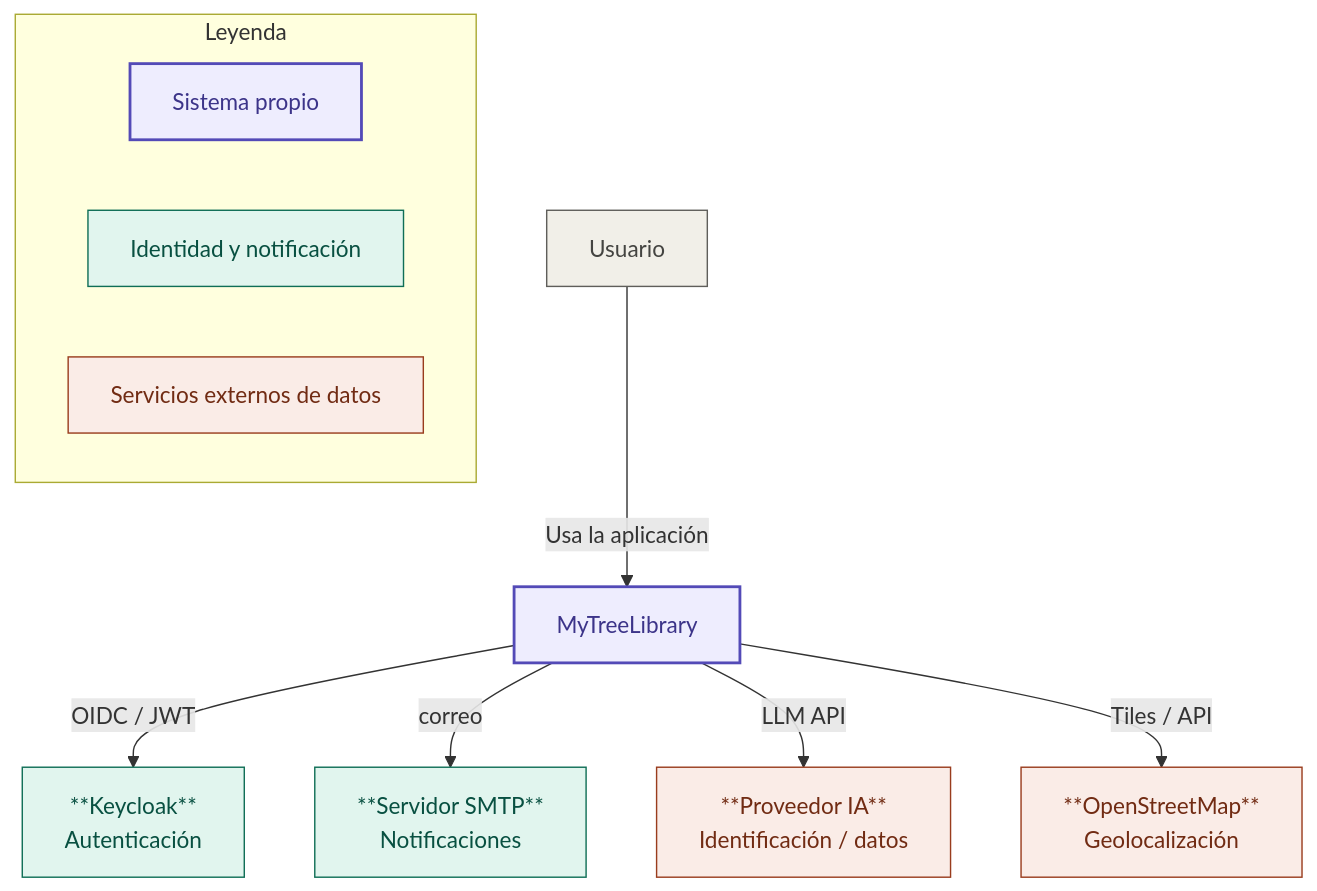
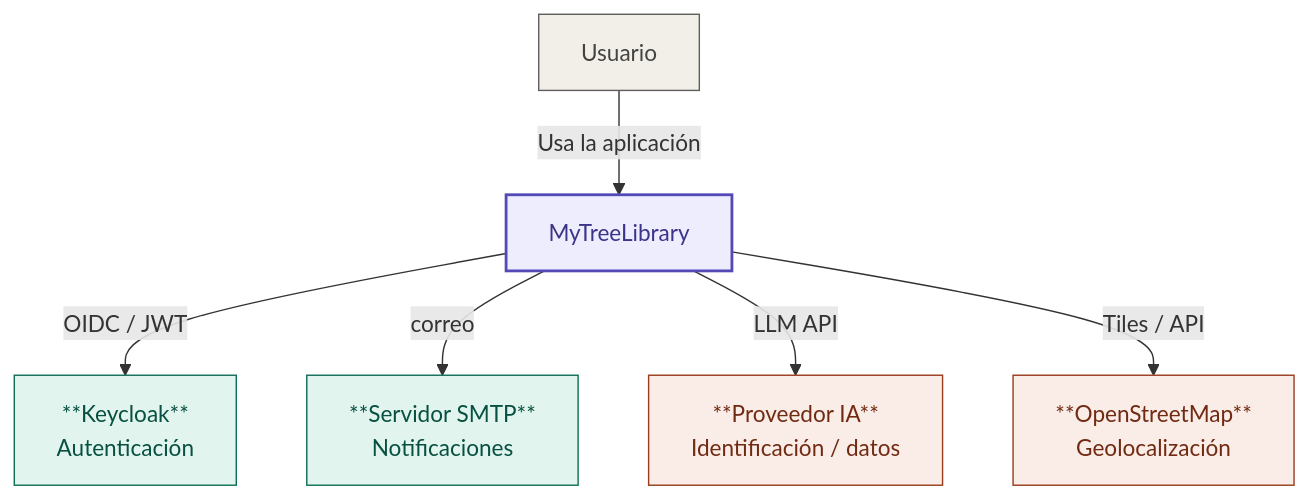
One commit to LIDR-academy/AI4Devs-finalproject changed the first of 19 diagrams in readme.md. Above: the diagram before and after it, drawn with Mermaid. The commit also changed other lines of this file, not shown here.

Commit message:
Actualización estilos diagrama C1

````diff
--- a/readme.md
+++ b/readme.md
@@ -79,36 +79,25 @@
 ```mermaid
 flowchart TB
   U[Usuario]
   S[MyTreeLibrary]
   KC["**Keycloak**<br/>Autenticación"]
   SMTP["**Servidor SMTP**<br/>Notificaciones"]
   PIA["**Proveedor IA**<br/>Identificación / datos"]
   MAP["**OpenStreetMap**<br/>Geolocalización"] 
   U -->|Usa la aplicación| S
   S -->|OIDC / JWT| KC
   S -->|correo| SMTP
   S -->|LLM API| PIA
   S -->|Tiles / API| MAP
 
-  subgraph Leyenda
-    direction LR
-    L1["Sistema propio"]
-    L2["Identidad y notificación"]
-    L3["Servicios externos de datos"]
-  end
-  
   classDef sistema fill:#EEEDFE,stroke:#534AB7,stroke-width:2px,color:#3C3489
   classDef soporte fill:#E1F5EE,stroke:#0F6E56,stroke-width:1px,color:#085041
   classDef externo fill:#FAECE7,stroke:#993C1D,stroke-width:1px,color:#712B13
   classDef usuario fill:#F1EFE8,stroke:#5F5E5A,stroke-width:1px,color:#444441
 
   class S sistema
   class KC,SMTP soporte
   class PIA,MAP externo
   class U usuario
 
-  class L1 sistema
-  class L2 soporte
-  class L3 externo
-  
 ```
````
